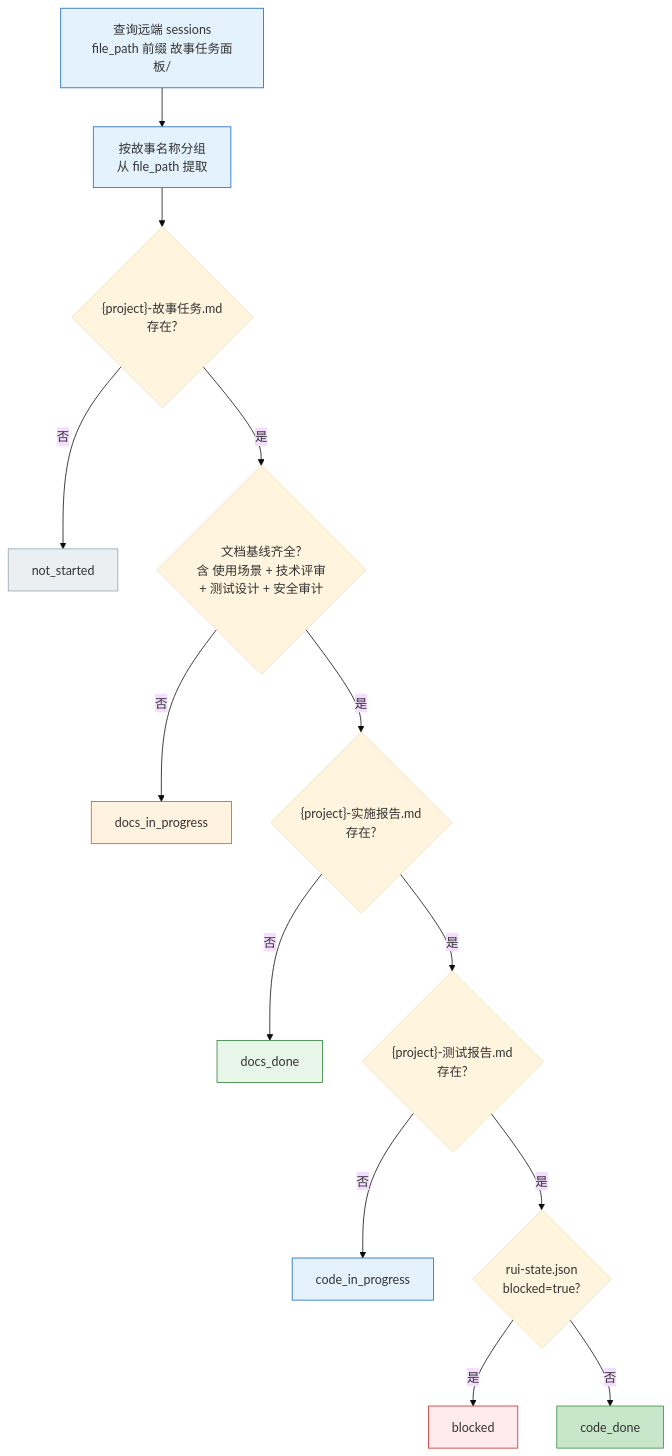
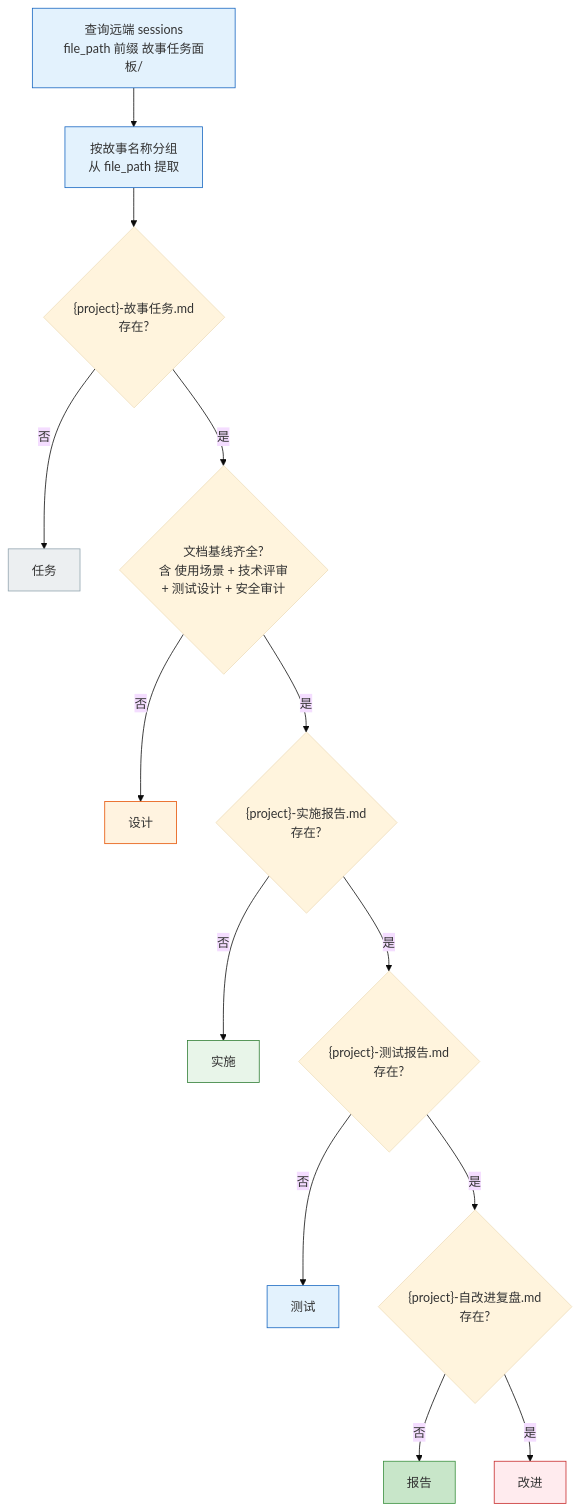
One commit to effiy/YrY changed the fourth of 15 diagrams in skills/rui-story/SKILL.md. Above: the diagram before and after it, drawn with Mermaid (base theme). The commit also changed other lines of this file and 50 other files, not shown here.

````diff
--- a/skills/rui-story/SKILL.md
+++ b/skills/rui-story/SKILL.md
@@ -116,23 +127,23 @@
 ```mermaid
 flowchart TD
     START["查询远端 sessions<br/>file_path 前缀 故事任务面板/"]:::s --> GROUP["按故事名称分组<br/>从 file_path 提取"]:::s
     GROUP --> CHK01{"{project}-故事任务.md<br/>存在?"}
-    CHK01 -->|"否"| NS["not_started"]:::s0
+    CHK01 -->|"否"| NS["任务"]:::s0
     CHK01 -->|"是"| CHKDOC{"文档基线齐全?<br/>含 使用场景 + 技术评审<br/>+ 测试设计 + 安全审计"}
-    CHKDOC -->|"否"| DIP["docs_in_progress"]:::s1
+    CHKDOC -->|"否"| DIP["设计"]:::s1
     CHKDOC -->|"是"| CHKIMP{"{project}-实施报告.md<br/>存在?"}
-    CHKIMP -->|"否"| DD["docs_done"]:::s2
+    CHKIMP -->|"否"| IMP["实施"]:::s2
     CHKIMP -->|"是"| CHKVER{"{project}-测试报告.md<br/>存在?"}
-    CHKVER -->|"否"| CIP["code_in_progress"]:::s3
-    CHKVER -->|"是"| CHKBLK{"rui-state.json<br/>blocked=true?"}
-    CHKBLK -->|"是"| BLK["blocked"]:::s5
-    CHKBLK -->|"否"| CD["code_done"]:::s4
+    CHKVER -->|"否"| TST["测试"]:::s3
+    CHKVER -->|"是"| CHKRET{"{project}-自改进复盘.md<br/>存在?"}
+    CHKRET -->|"否"| RPT["报告"]:::s4
+    CHKRET -->|"是"| IMPV["改进"]:::s5
 
     classDef s fill:#e3f2fd,stroke:#1565c0;
     classDef s0 fill:#eceff1,stroke:#90a4ae;
     classDef s1 fill:#fff3e0,stroke:#e65100;
     classDef s2 fill:#e8f5e9,stroke:#2e7d32;
     classDef s3 fill:#e3f2fd,stroke:#1565c0;
     classDef s4 fill:#c8e6c9,stroke:#388e3c;
     classDef s5 fill:#ffebee,stroke:#c62828;
 ```
````
